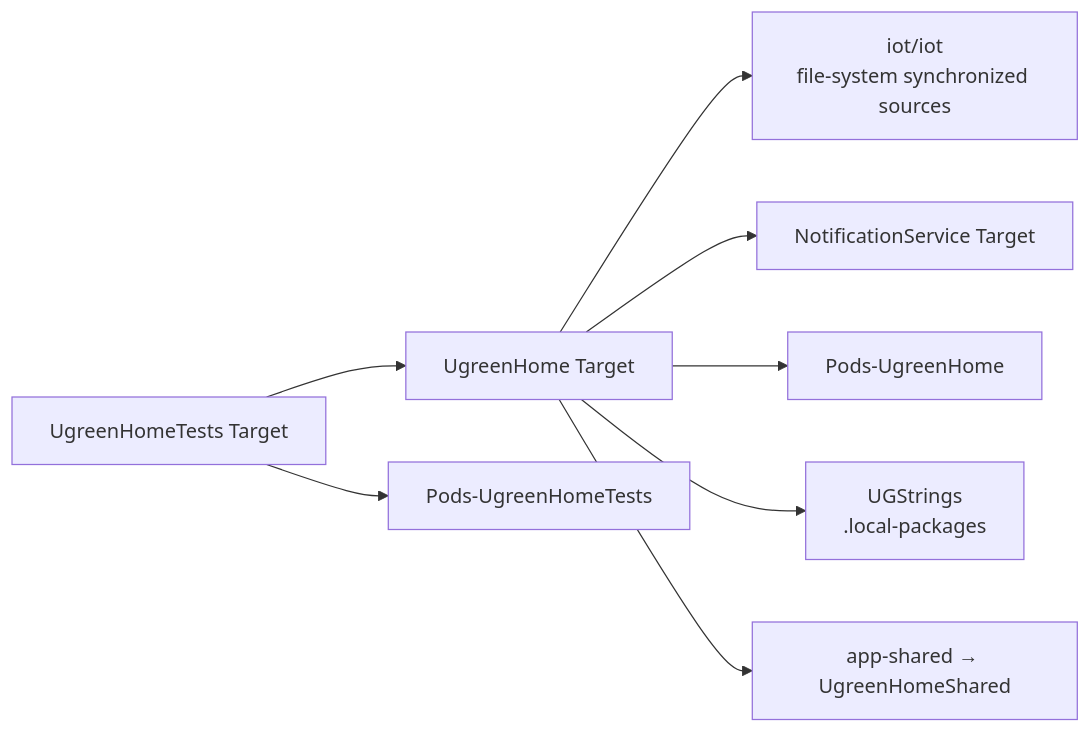
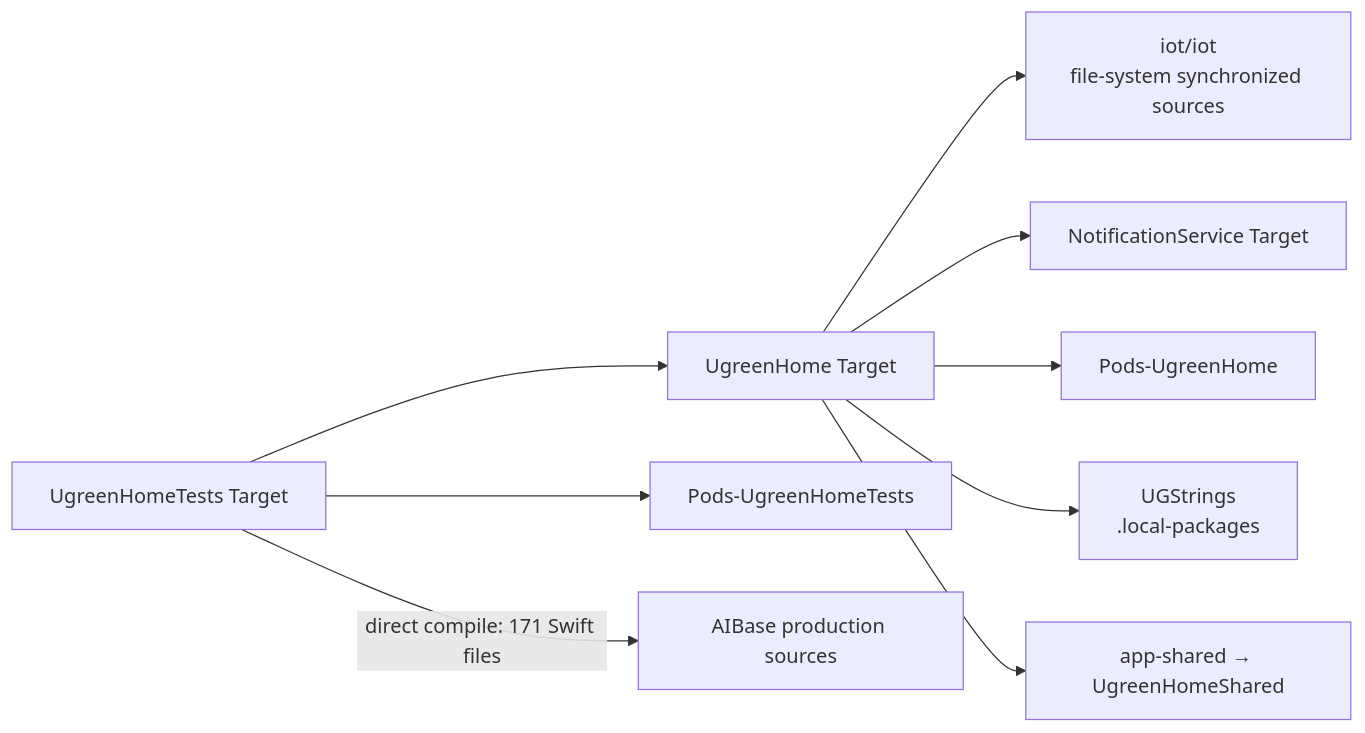
One commit to AmatsuZero/LastStand changed the second of 5 diagrams in obsidian/UGreen-Architecture/UGreen Home iOS 项目现状/02-Module-Dependency-Graph.md. Above: the diagram before and after it, drawn with Mermaid. The commit also changed other lines of this file and 13 other files, not shown here.

````diff
--- a/obsidian/UGreen-Architecture/UGreen Home iOS 项目现状/02-Module-Dependency-Graph.md
+++ b/obsidian/UGreen-Architecture/UGreen Home iOS 项目现状/02-Module-Dependency-Graph.md
@@ -35,19 +35,20 @@
 ```mermaid
 flowchart LR
   App[UgreenHome Target]
   Source[iot/iot\nfile-system synchronized sources]
   Extension[NotificationService Target]
   Test[UgreenHomeTests Target]
   PodsMain[Pods-UgreenHome]
   PodsTest[Pods-UgreenHomeTests]
   Strings[UGStrings\n.local-packages]
   KMP[app-shared → UgreenHomeShared]
 
   App --> Source
   App --> Extension
   App --> PodsMain
   App --> Strings
   App --> KMP
   Test --> App
   Test --> PodsTest
+  Test -->|direct compile: 171 Swift files| AIBase[AIBase production sources]
 ```
````
